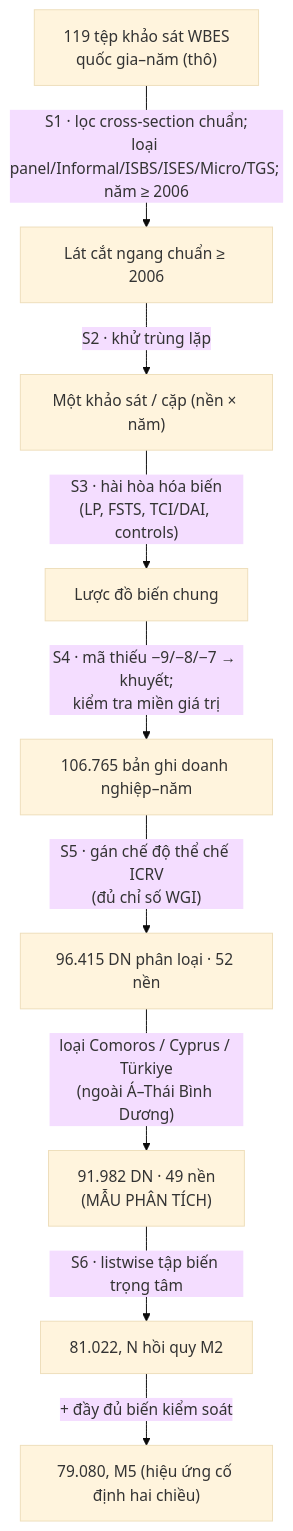
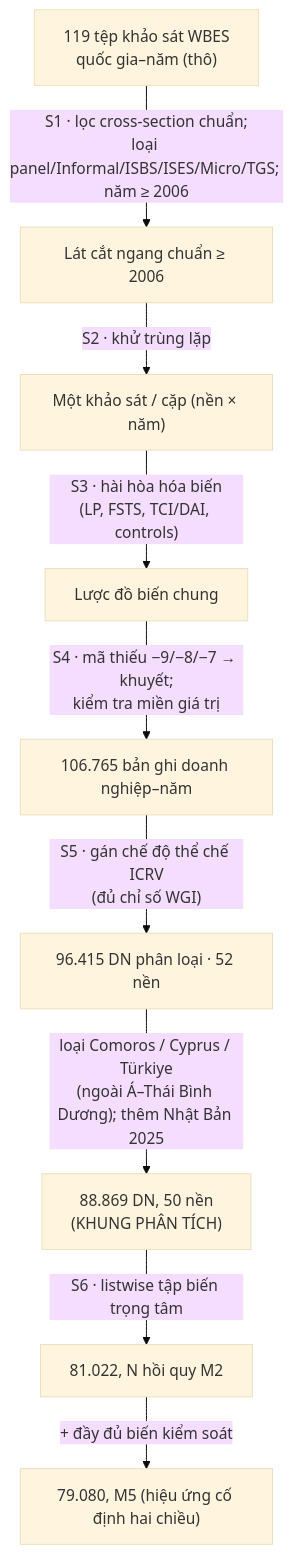
Before and after one commit to thuyhuongctu-cell/my_thesis_phd_candidate_26: the diagram in thesis/phu_luc_A_hop_nhat_du_lieu_vi.md, drawn with Mermaid (base theme). The commit also changed other lines of this file and 23 other files, not shown here.

````diff
--- a/thesis/phu_luc_A_hop_nhat_du_lieu_vi.md
+++ b/thesis/phu_luc_A_hop_nhat_du_lieu_vi.md
@@ -75,11 +75,11 @@
 ```mermaid
 flowchart TD
     A["119 tệp khảo sát WBES<br/>quốc gia–năm (thô)"] -->|"S1 · lọc cross-section chuẩn;<br/>loại panel/Informal/ISBS/ISES/Micro/TGS; năm ≥ 2006"| B["Lát cắt ngang chuẩn ≥ 2006"]
     B -->|"S2 · khử trùng lặp"| C["Một khảo sát / cặp (nền × năm)"]
     C -->|"S3 · hài hòa hóa biến<br/>(LP, FSTS, TCI/DAI, controls)"| D["Lược đồ biến chung"]
     D -->|"S4 · mã thiếu −9/−8/−7 → khuyết;<br/>kiểm tra miền giá trị"| E["106.765 bản ghi doanh nghiệp–năm"]
     E -->|"S5 · gán chế độ thể chế ICRV<br/>(đủ chỉ số WGI)"| F["96.415 DN phân loại · 52 nền"]
-    F -->|"loại Comoros / Cyprus / Türkiye<br/>(ngoài Á–Thái Bình Dương)"| G["91.982 DN · 49 nền<br/>(MẪU PHÂN TÍCH)"]
+    F -->|"loại Comoros / Cyprus / Türkiye<br/>(ngoài Á–Thái Bình Dương); thêm Nhật Bản 2025"| G["88.869 DN, 50 nền<br/>(KHUNG PHÂN TÍCH)"]
     G -->|"S6 · listwise tập biến trọng tâm"| H["81.022, N hồi quy M2"]
     H -->|"+ đầy đủ biến kiểm soát"| I["79.080, M5 (hiệu ứng cố định hai chiều)"]
 ```
````
